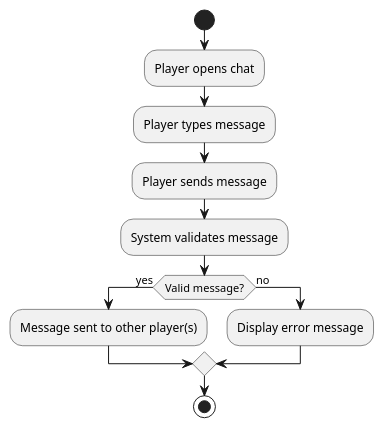
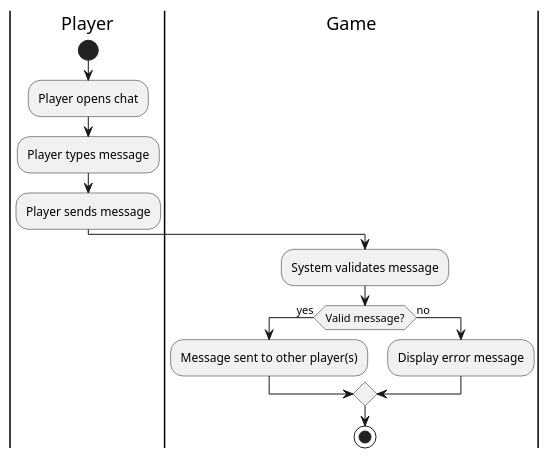
The diagram in Diagram/Activity Diagram/chatActivity.pu (3zard/Chess-Game), drawn with PlantUML before and after one commit. The commit also changed 13 other files, not shown here.

Commit message:
Trình | Fix activity diagram

```diff
--- a/Diagram/Activity Diagram/chatActivity.pu
+++ b/Diagram/Activity Diagram/chatActivity.pu
@@ -1,13 +1,15 @@
 @startuml
+|Player|
 start
 :Player opens chat;
 :Player types message;
 :Player sends message;
+|Game|
 :System validates message;
 if (Valid message?) then (yes)
     :Message sent to other player(s);
 else (no)
     :Display error message;
 endif
 stop
 @enduml
```
